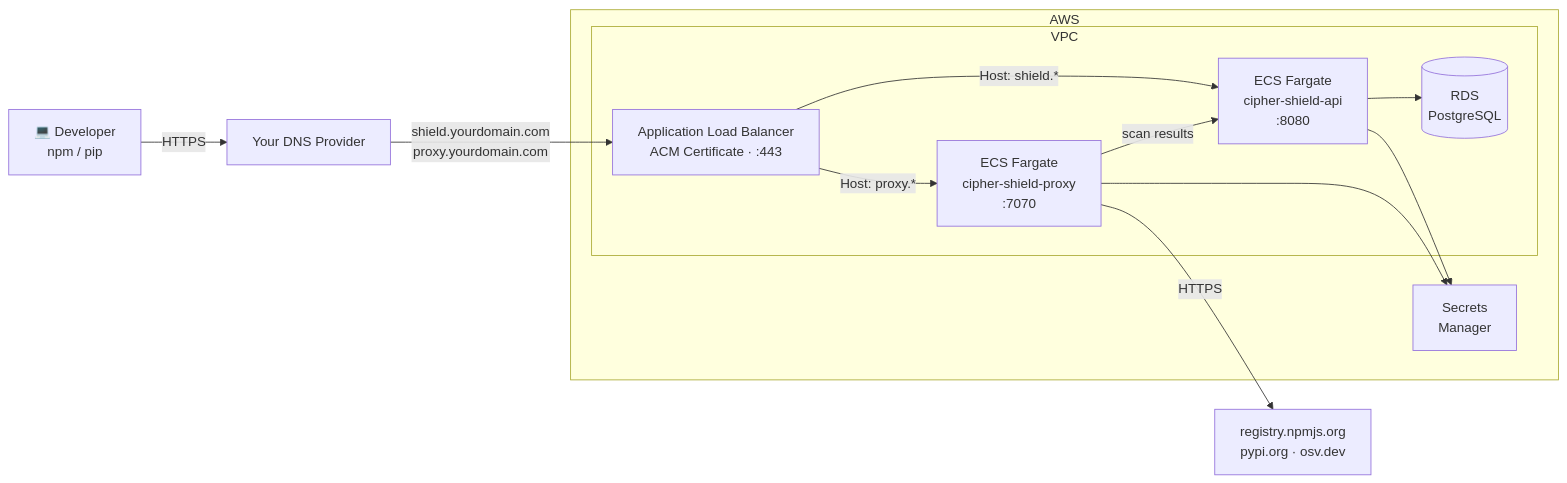
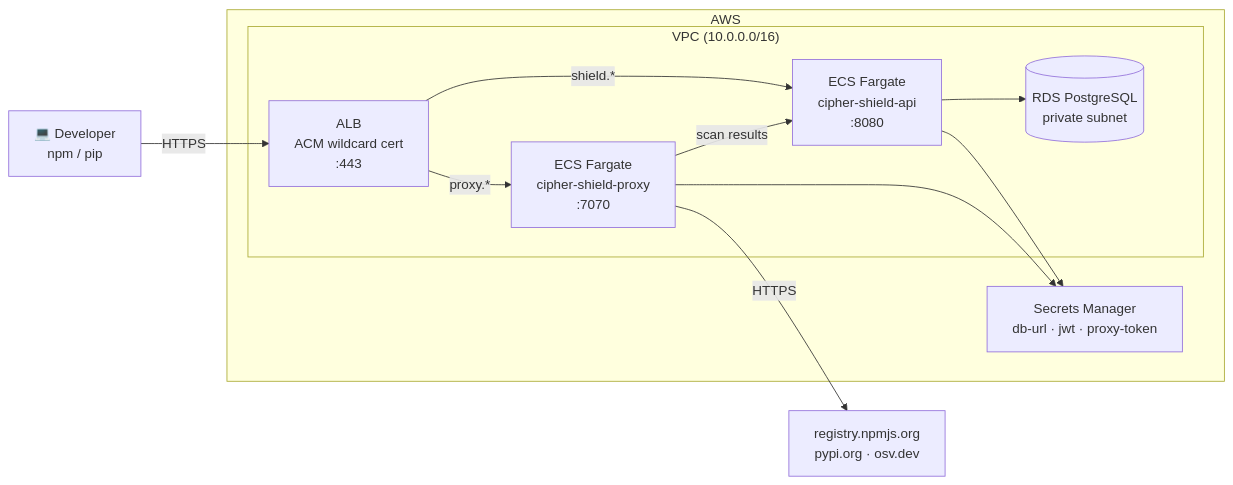
One commit to Cipher-OSS/cipher-shield changed the diagram in docs/deploy-aws.md. Above: the diagram before and after it, drawn with Mermaid. The commit also changed other lines of this file and 7 other files, not shown here.

````diff
--- a/docs/deploy-aws.md
+++ b/docs/deploy-aws.md
@@ -11,18 +7,17 @@
 ```mermaid
 flowchart LR
-    dev["💻 Developer\nnpm / pip"] -->|HTTPS| dns["Your DNS Provider"]
-    dns -->|"shield.yourdomain.com\nproxy.yourdomain.com"| alb
+    dev["💻 Developer\nnpm / pip"] -->|HTTPS| alb
 
     subgraph aws [" AWS "]
-        subgraph vpc [" VPC "]
-            alb["Application Load Balancer\nACM Certificate · :443"]
-            alb -->|"Host: shield.*"| api["ECS Fargate\ncipher-shield-api\n:8080"]
-            alb -->|"Host: proxy.*"| proxy["ECS Fargate\ncipher-shield-proxy\n:7070"]
+        subgraph vpc [" VPC (10.0.0.0/16) "]
+            alb["ALB\nACM wildcard cert\n:443"]
+            alb -->|"shield.*"| api["ECS Fargate\ncipher-shield-api\n:8080"]
+            alb -->|"proxy.*"| proxy["ECS Fargate\ncipher-shield-proxy\n:7070"]
             proxy -->|scan results| api
-            api --> rds[("RDS\nPostgreSQL")]
+            api --> rds[("RDS PostgreSQL\nprivate subnet")]
         end
-        api & proxy --> sm["Secrets\nManager"]
+        api & proxy --> sm["Secrets Manager\ndb-url · jwt · proxy-token"]
     end
 
     proxy -->|HTTPS| reg["registry.npmjs.org\npypi.org · osv.dev"]
 ```
````
